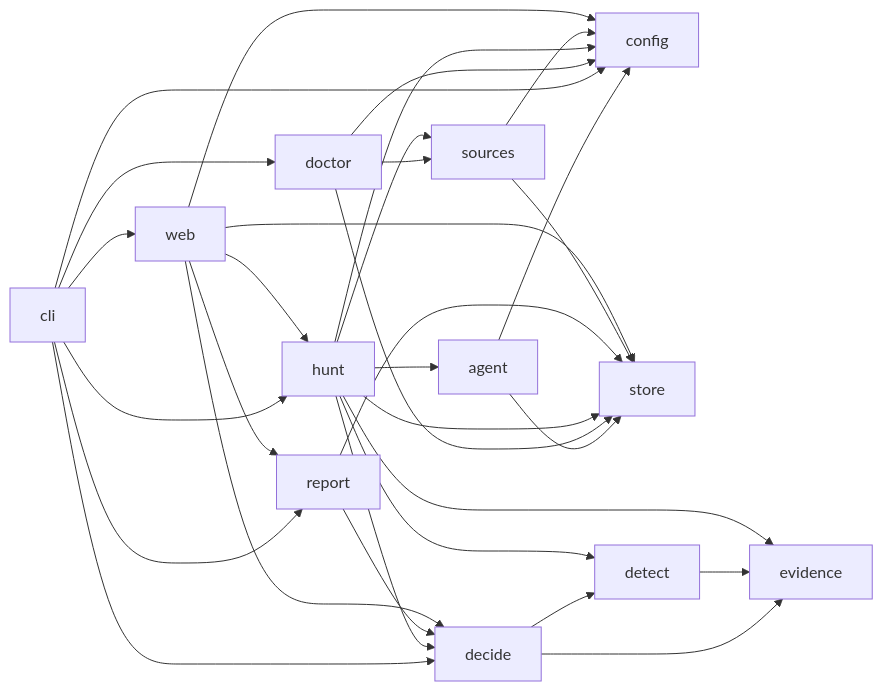
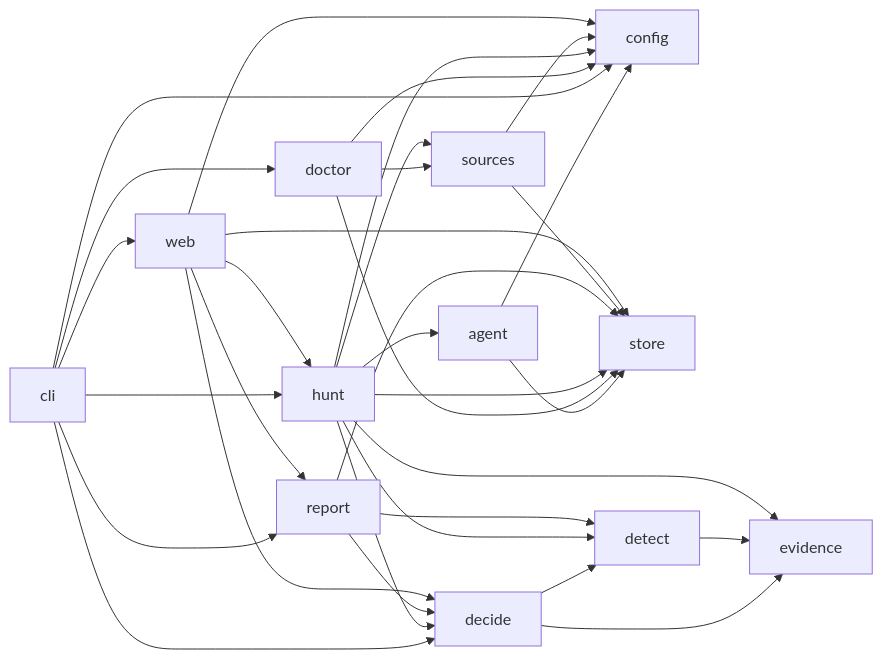
The diagram in docs/architecture/MODULE_MAP.md (nickthabib-cloud/ROMULUS), drawn with Mermaid before and after one commit. The commit also changed other lines of this file and 6 other files, not shown here.

````diff
--- a/docs/architecture/MODULE_MAP.md
+++ b/docs/architecture/MODULE_MAP.md
@@ -62,33 +62,34 @@
 ```mermaid
 graph LR
   agent --> config
   agent --> store
   cli --> config
   cli --> decide
   cli --> doctor
   cli --> hunt
   cli --> report
   cli --> web
   decide --> detect
   decide --> evidence
   detect --> evidence
   doctor --> config
   doctor --> sources
   doctor --> store
   hunt --> agent
   hunt --> config
   hunt --> decide
   hunt --> detect
   hunt --> evidence
   hunt --> sources
   hunt --> store
   report --> decide
+  report --> detect
   report --> store
   sources --> config
   sources --> store
   web --> config
   web --> decide
   web --> hunt
   web --> report
   web --> store
 ```
````
